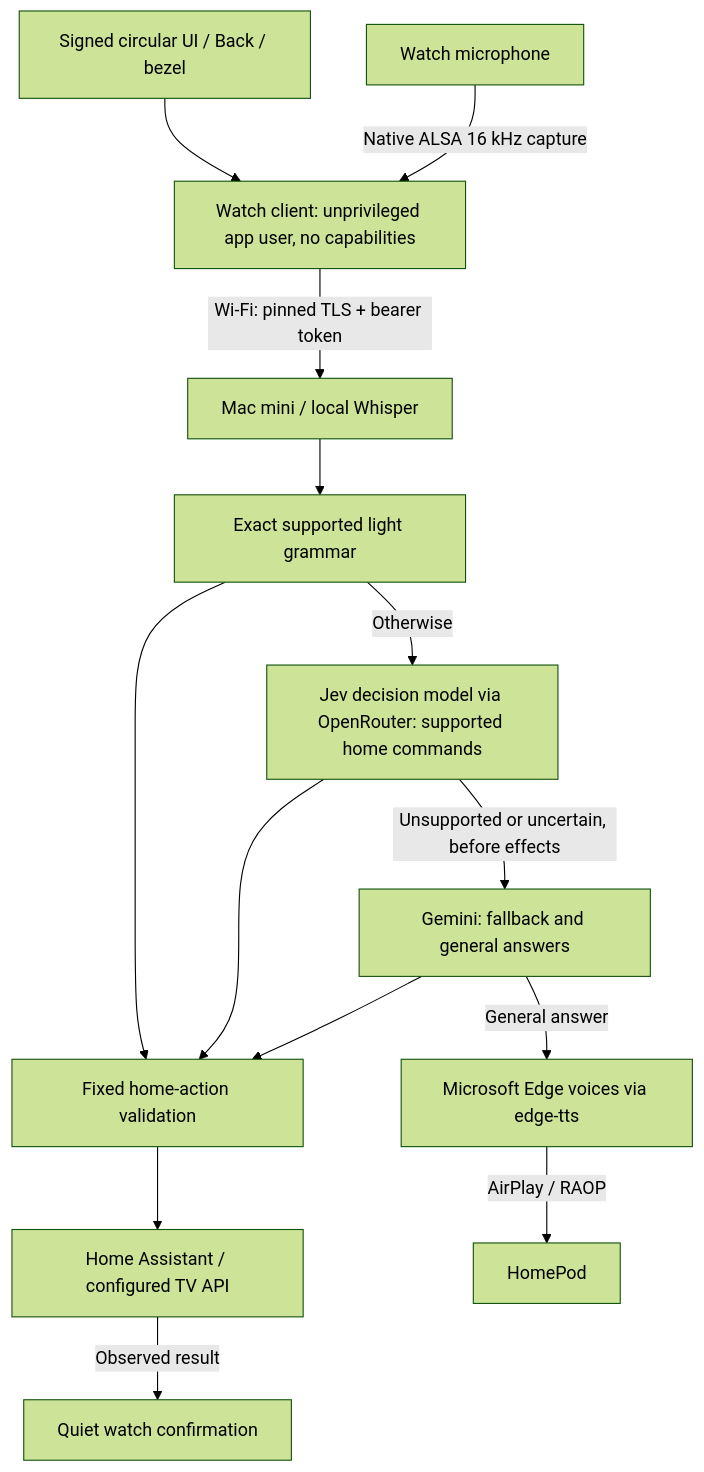
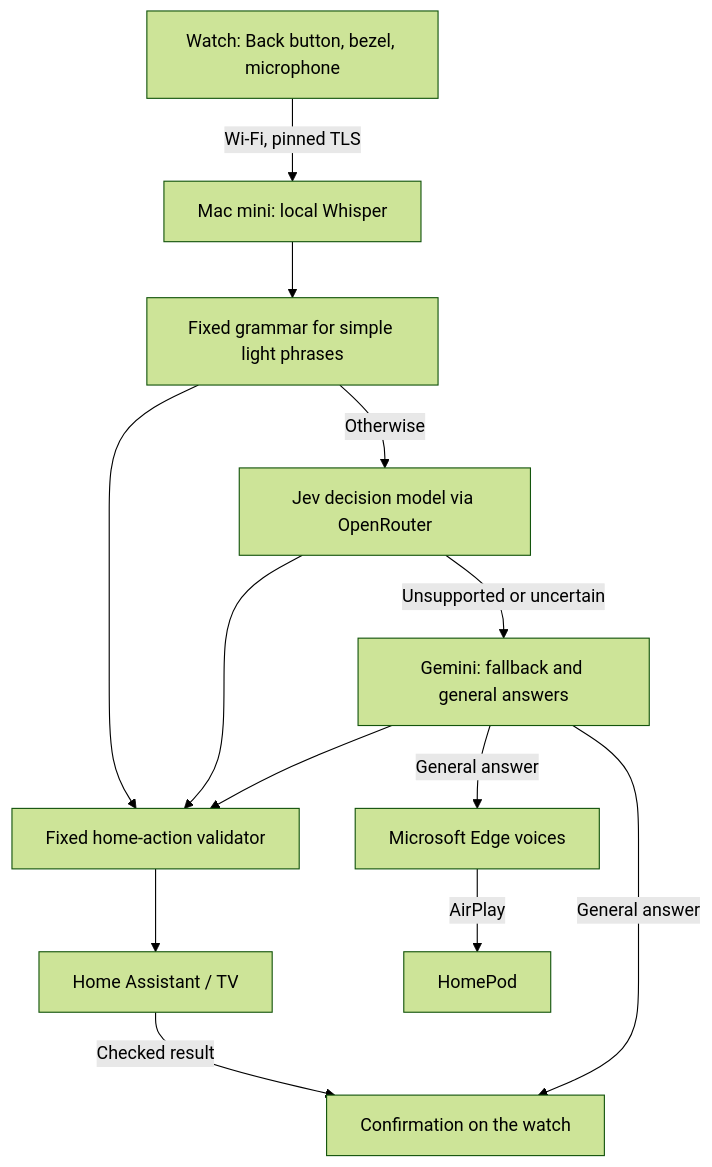
The diagram in README.md (sepehrbuilds/gear-s3-assist), drawn with Mermaid (forest theme) before and after one commit. The commit also changed other lines of this file and 4 other files, not shown here.

````diff
--- a/README.md
+++ b/README.md
@@ -28,16 +32,15 @@
 ```mermaid
 flowchart TD
-    UI[Signed circular UI / Back / bezel] --> Client["Watch client: unprivileged app user, no capabilities"]
-    Mic[Watch microphone] -->|Native ALSA 16 kHz capture| Client
-    Client -->|Wi-Fi: pinned TLS + bearer token| ASR[Mac mini / local Whisper]
-    ASR --> Exact[Exact supported light grammar]
-    Exact -->|Otherwise| Jev["Jev decision model via OpenRouter: supported home commands"]
-    Jev -->|Unsupported or uncertain, before effects| Gemini["Gemini: fallback and general answers"]
-    Exact --> Validate[Fixed home-action validation]
+    Watch[Watch: Back button, bezel, microphone] -->|Wi-Fi, pinned TLS| ASR[Mac mini: local Whisper]
+    ASR --> Exact[Fixed grammar for simple light phrases]
+    Exact -->|Otherwise| Jev[Jev decision model via OpenRouter]
+    Jev -->|Unsupported or uncertain| Gemini[Gemini: fallback and general answers]
+    Exact --> Validate[Fixed home-action validator]
     Jev --> Validate
     Gemini --> Validate
-    Validate --> HA[Home Assistant / configured TV API]
-    HA -->|Observed result| Watch[Quiet watch confirmation]
-    Gemini -->|General answer| TTS["Microsoft Edge voices via edge-tts"]
-    TTS -->|AirPlay / RAOP| HomePod
+    Validate --> HA[Home Assistant / TV]
+    HA -->|Checked result| Screen[Confirmation on the watch]
+    Gemini -->|General answer| Screen
+    Gemini -->|General answer| TTS[Microsoft Edge voices]
+    TTS -->|AirPlay| HomePod
 ```
````
